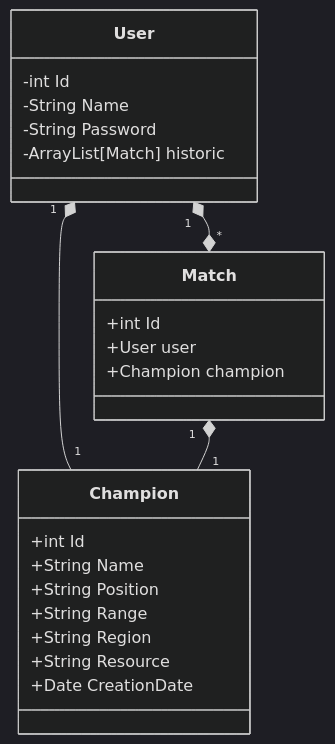
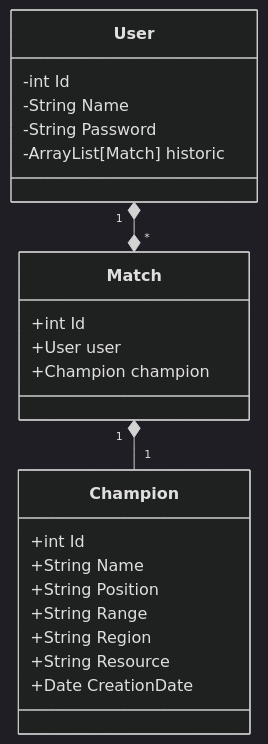
The diagram in README.md (Rubenscauan/historicoslol), drawn with Mermaid (dark theme) before and after one commit. The commit also changed 20 other files, not shown here.

````diff
--- a/README.md
+++ b/README.md
@@ -1,32 +1,31 @@
 ```mermaid
 classDiagram
     
-    User "1" *--"1" Champion
     Match "1" *-- "1" Champion
     User "1" *--* "*" Match
 
 
     class Match{
         +int Id
         +User user
         +Champion champion
     
     }
 
     class Champion{
         +int Id
         +String Name
         +String Position
         +String Range
         +String Region
         +String Resource
         +Date CreationDate 
     }
 
     class User{
       -int Id
       -String Name
       -String Password
       -ArrayList[Match] historic
     }
 ```
````
